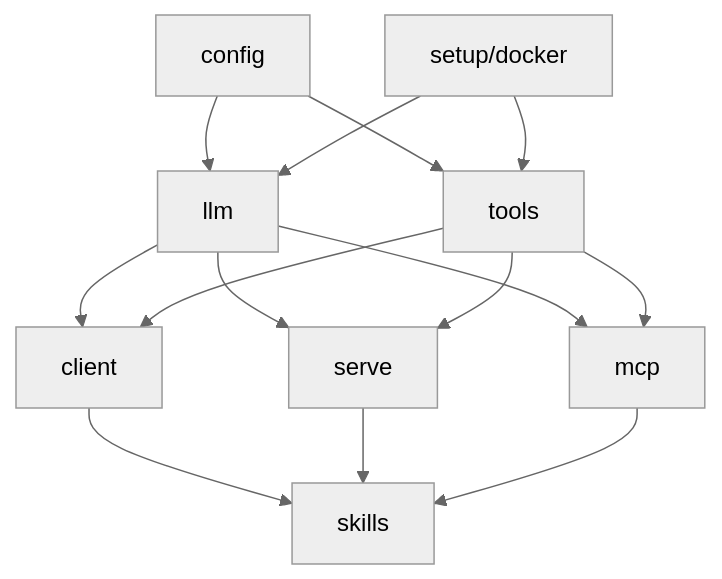
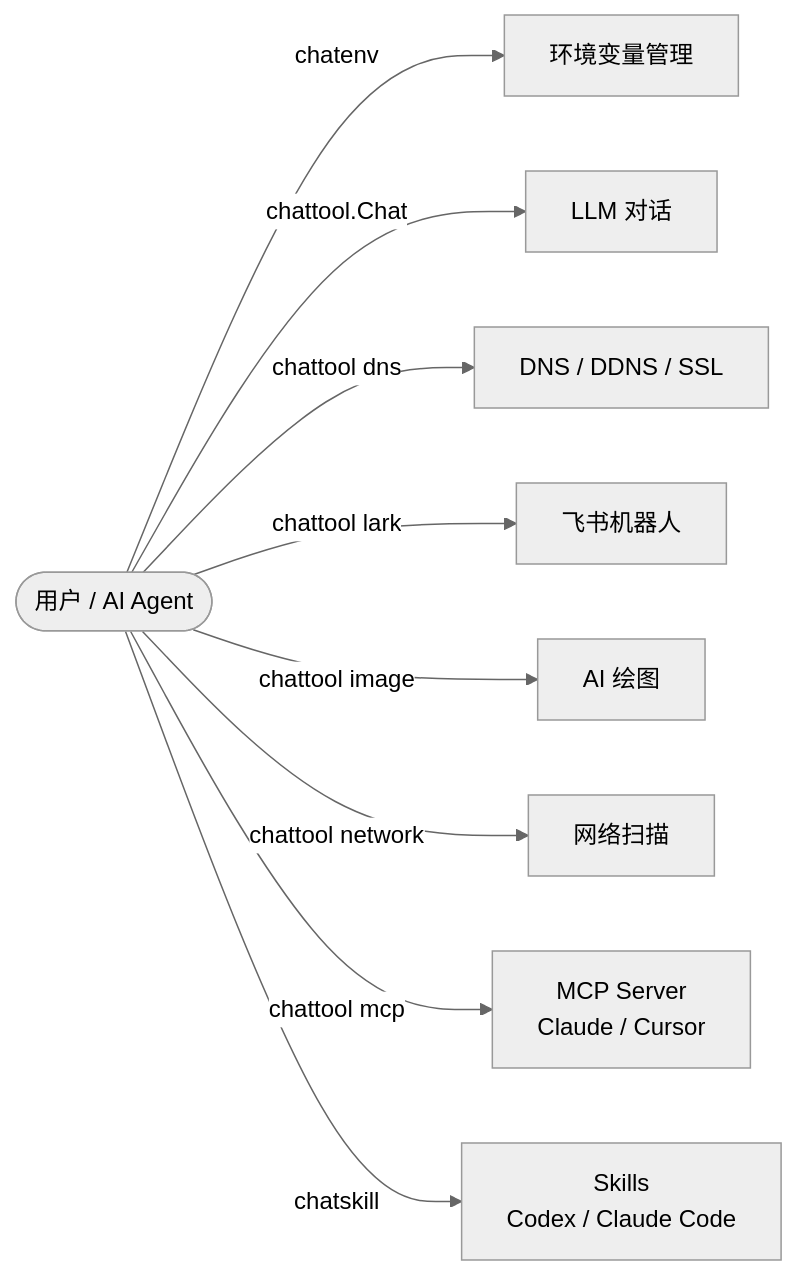
The diagram in docs/index.md (cubenlp/ChatTool), drawn with Mermaid (neutral theme) before and after one commit.

Commit message:
docs: rewrite arch diagram from user perspective

````diff
--- a/docs/index.md
+++ b/docs/index.md
@@ -20,6 +20,13 @@
 ```mermaid
-graph TD
-    CFG[config] & SETUP[setup/docker] --> LLM[llm] & TOOLS[tools]
-    LLM & TOOLS --> CLIENT[client] & SERVE[serve] & MCP[mcp]
-    CLIENT & SERVE & MCP --> SKILLS[skills]
+graph LR
+    USER([用户 / AI Agent])
+
+    USER -->|chatenv| CFG[环境变量管理]
+    USER -->|chattool.Chat| LLM[LLM 对话]
+    USER -->|chattool dns| DNS[DNS / DDNS / SSL]
+    USER -->|chattool lark| LARK[飞书机器人]
+    USER -->|chattool image| IMG[AI 绘图]
+    USER -->|chattool network| NET[网络扫描]
+    USER -->|chattool mcp| MCP[MCP Server\nClaude / Cursor]
+    USER -->|chatskill| SKILLS[Skills\nCodex / Claude Code]
 ```
````
